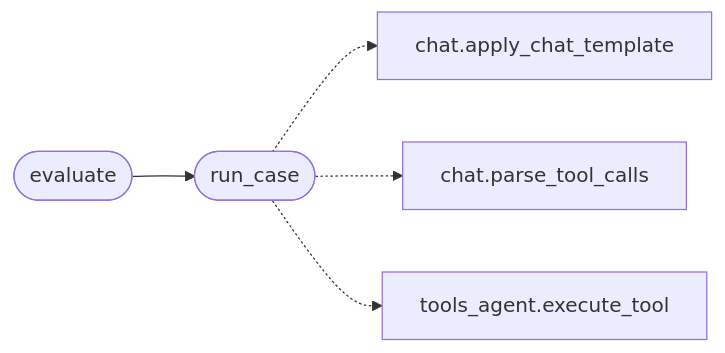
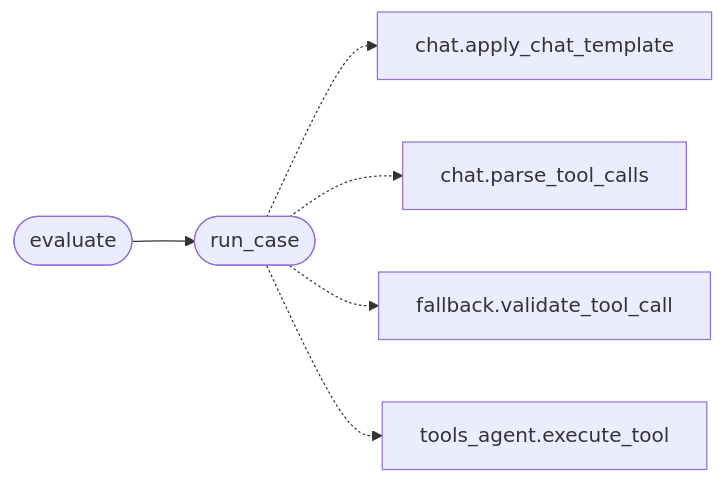
One commit to grisuno/TopoGPT3 changed the diagram in readmenator-apidocs/modules/topogpt3.eval_toolcall.py.md. Above: the diagram before and after it, drawn with Mermaid. The commit also changed other lines of this file and 185 other files, not shown here.

````diff
--- a/readmenator-apidocs/modules/topogpt3.eval_toolcall.py.md
+++ b/readmenator-apidocs/modules/topogpt3.eval_toolcall.py.md
@@ -18,12 +19,14 @@
 ```mermaid
 flowchart LR
     n_topogpt3_eval_toolcall_py__evaluate(["evaluate"])
     n_topogpt3_eval_toolcall_py__run_case(["run_case"])
     n_topogpt3_chat_py__apply_chat_template["chat.apply_chat_template"]
     n_topogpt3_chat_py__parse_tool_calls["chat.parse_tool_calls"]
+    n_topogpt3_fallback_py__validate_tool_call["fallback.validate_tool_call"]
     n_topogpt3_tools_agent_py__execute_tool["tools_agent.execute_tool"]
     n_topogpt3_eval_toolcall_py__evaluate --> n_topogpt3_eval_toolcall_py__run_case
     n_topogpt3_eval_toolcall_py__run_case -.-> n_topogpt3_chat_py__apply_chat_template
     n_topogpt3_eval_toolcall_py__run_case -.-> n_topogpt3_chat_py__parse_tool_calls
+    n_topogpt3_eval_toolcall_py__run_case -.-> n_topogpt3_fallback_py__validate_tool_call
     n_topogpt3_eval_toolcall_py__run_case -.-> n_topogpt3_tools_agent_py__execute_tool
 ```
````
